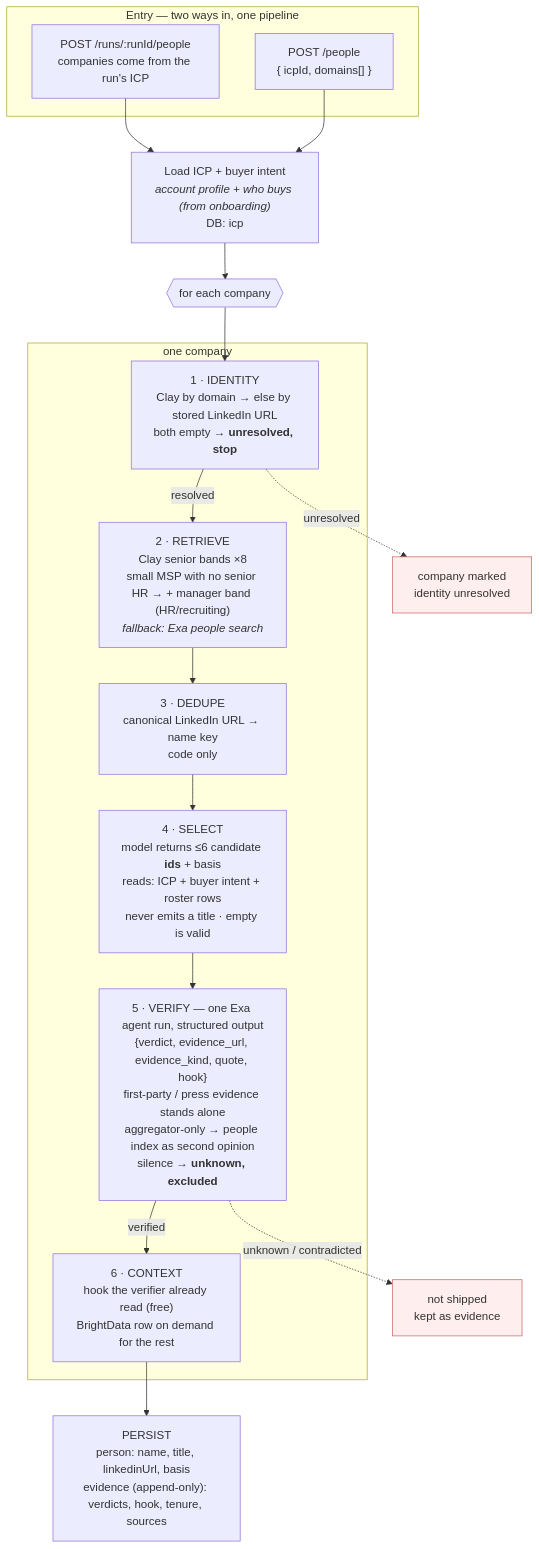
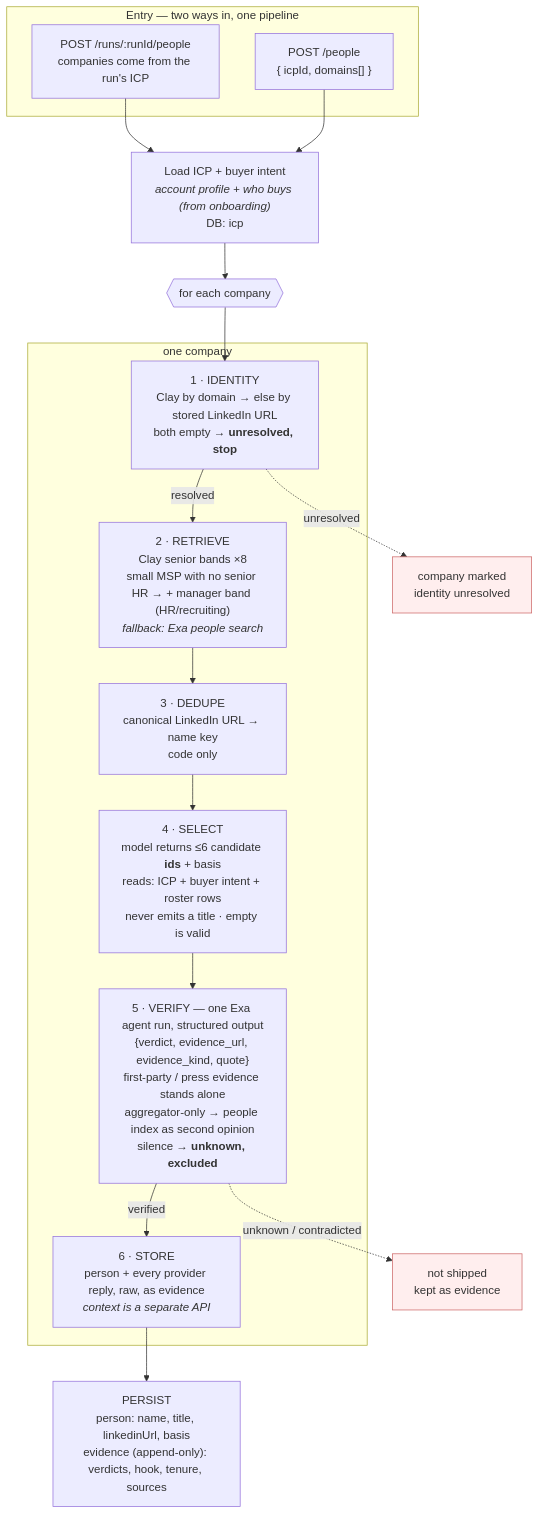
Before and after one commit to algominds-ai/algominds-backend: the diagram in docs/solutions/people-probe/x/people-pipeline.md, drawn with Mermaid. The commit also changed other lines of this file and 1 other file, not shown here.

Commit message:
docs: diagrams follow the method; stage six stores raw, context is elsewhere

````diff
--- a/docs/solutions/people-probe/x/people-pipeline.md
+++ b/docs/solutions/people-probe/x/people-pipeline.md
@@ -3,30 +3,30 @@
 ```mermaid
 flowchart TD
     subgraph entry["Entry — two ways in, one pipeline"]
         A1["POST /runs/:runId/people<br/>companies come from the run's ICP"]
         A2["POST /people<br/>{ icpId, domains[] }"]
     end
     A1 --> B
     A2 --> B
     B["Load ICP + buyer intent<br/><i>account profile + who buys (from onboarding)</i><br/>DB: icp"]
     B --> C{{"for each company"}}
 
     C --> S1
     subgraph company["one company"]
         S1["1 · IDENTITY<br/>Clay by domain → else by stored LinkedIn URL<br/>both empty → <b>unresolved, stop</b>"]
         S2["2 · RETRIEVE<br/>Clay senior bands ×8<br/>small MSP with no senior HR → + manager band (HR/recruiting)<br/><i>fallback: Exa people search</i>"]
         S3["3 · DEDUPE<br/>canonical LinkedIn URL → name key<br/>code only"]
         S4["4 · SELECT<br/>model returns ≤6 candidate <b>ids</b> + basis<br/>reads: ICP + buyer intent + roster rows<br/>never emits a title · empty is valid"]
-        S5["5 · VERIFY — one Exa agent run, structured output<br/>{verdict, evidence_url, evidence_kind, quote, hook}<br/>first-party / press evidence stands alone<br/>aggregator-only → people index as second opinion<br/>silence → <b>unknown, excluded</b>"]
-        S6["6 · CONTEXT<br/>hook the verifier already read (free)<br/>BrightData row on demand for the rest"]
+        S5["5 · VERIFY — one Exa agent run, structured output<br/>{verdict, evidence_url, evidence_kind, quote}<br/>first-party / press evidence stands alone<br/>aggregator-only → people index as second opinion<br/>silence → <b>unknown, excluded</b>"]
+        S6["6 · STORE<br/>person + every provider reply, raw, as evidence<br/><i>context is a separate API</i>"]
         S1 -->|resolved| S2 --> S3 --> S4 --> S5 -->|verified| S6
     end
 
     S6 --> P["PERSIST<br/>person: name, title, linkedinUrl, basis<br/>evidence (append-only): verdicts, hook, tenure, sources"]
     S1 -.->|unresolved| E["company marked<br/>identity unresolved"]
     S5 -.->|unknown / contradicted| X["not shipped<br/>kept as evidence"]
 
     classDef prov fill:#eef,stroke:#88a
     classDef stop fill:#fee,stroke:#c66
     class E,X stop
 ```
````
